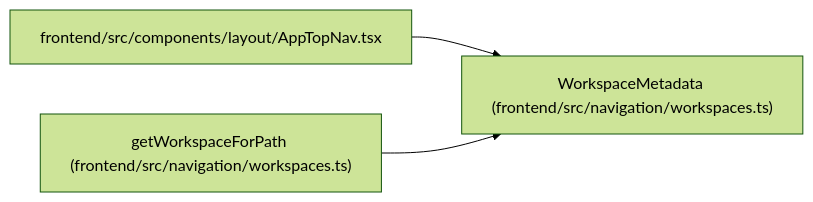
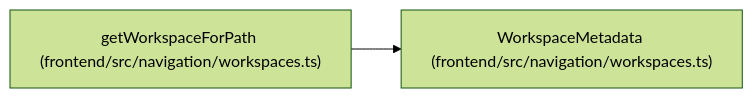
The diagram in docs/llm_wiki/entities/WorkspaceMetadata.md (Denissvgn/WorkChord), drawn with Mermaid (forest theme) before and after one commit. The commit also changed other lines of this file and 2373 other files, not shown here.

````diff
--- a/docs/llm_wiki/entities/WorkspaceMetadata.md
+++ b/docs/llm_wiki/entities/WorkspaceMetadata.md
@@ -32,11 +32,8 @@
 ```mermaid
 flowchart LR
     n0["WorkspaceMetadata (frontend/src/navigation/workspaces.ts)"]
-    n1["frontend/src/components/layout/AppTopNav.tsx"]
-    n2["getWorkspaceForPath (frontend/src/navigation/workspaces.ts)"]
+    n1["getWorkspaceForPath (frontend/src/navigation/workspaces.ts)"]
     n1 --> n0
-    n2 --> n0
     click n0 "../modules/workspaces.md"
-    click n1 "../modules/AppTopNav.md"
-    click n2 "../modules/workspaces.md"
+    click n1 "../modules/workspaces.md"
 ```
````
